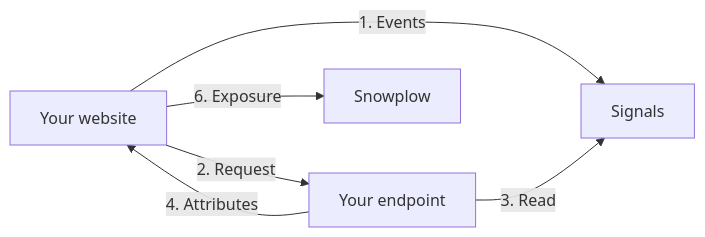
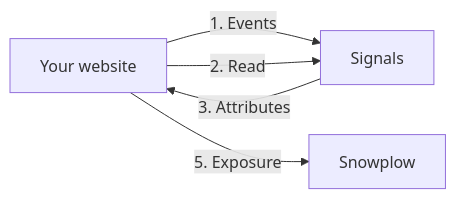
The second of 2 diagrams in docs/signals/integrations/experimentation-platforms/index.md (snowplow/documentation), drawn with Mermaid before and after one commit. The commit also changed other lines of this file and 4 other files, not shown here.

First line of the commit message:
Read Signals attributes in the browser from a public service, and add mobile apps

````diff
--- a/docs/signals/integrations/experimentation-platforms/index.md
+++ b/docs/signals/integrations/experimentation-platforms/index.md
@@ -119,8 +119,7 @@
 ```mermaid
 flowchart LR
     A["Your website"] -->|"1. Events"| S["Signals"]
-    A -->|"2. Request"| B["Your endpoint"]
-    B -->|"3. Read"| S
-    B -->|"4. Attributes"| A
-    A -->|"6. Exposure"| P["Snowplow"]
+    A -->|"2. Read"| S
+    S -->|"3. Attributes"| A
+    A -->|"5. Exposure"| P["Snowplow"]
 ```
````
